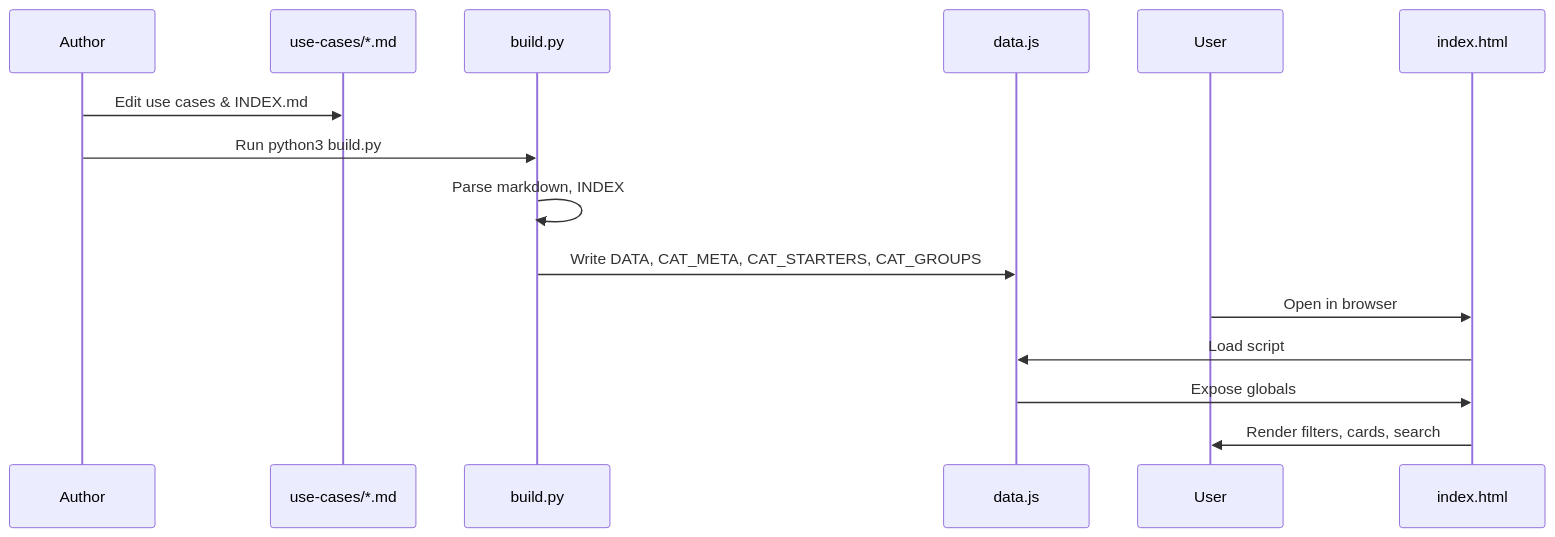
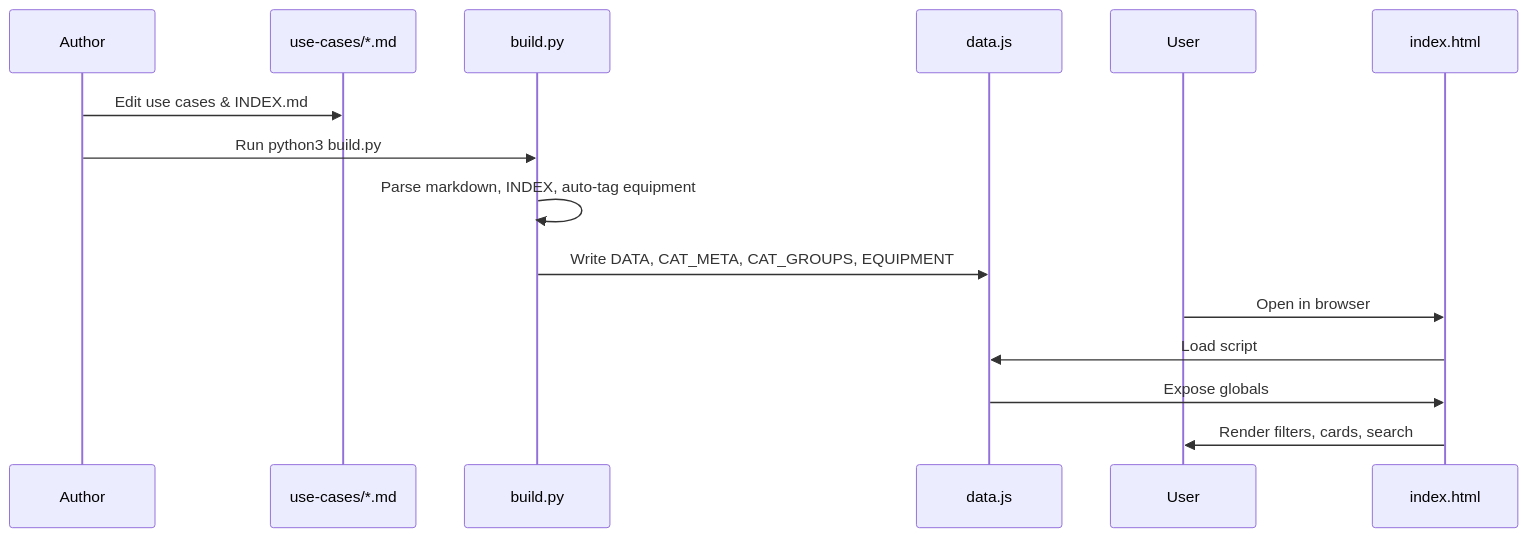
The sixth of 6 diagrams in CODEBASE-DIAGRAM.md (fenre/splunk-monitoring-use-cases), drawn with Mermaid before and after one commit. The commit also changed other lines of this file and 2293 other files, not shown here.

````diff
--- a/CODEBASE-DIAGRAM.md
+++ b/CODEBASE-DIAGRAM.md
@@ -172,18 +190,18 @@
 ```mermaid
 sequenceDiagram
     participant Author
     participant MD as use-cases/*.md
     participant Build as build.py
     participant JS as data.js
     participant User
     participant HTML as index.html
 
     Author->>MD: Edit use cases & INDEX.md
     Author->>Build: Run python3 build.py
-    Build->>Build: Parse markdown, INDEX
-    Build->>JS: Write DATA, CAT_META, CAT_STARTERS, CAT_GROUPS
+    Build->>Build: Parse markdown, INDEX, auto-tag equipment
+    Build->>JS: Write DATA, CAT_META, CAT_GROUPS, EQUIPMENT
     User->>HTML: Open in browser
     HTML->>JS: Load script
     JS->>HTML: Expose globals
     HTML->>User: Render filters, cards, search
 ```
````
